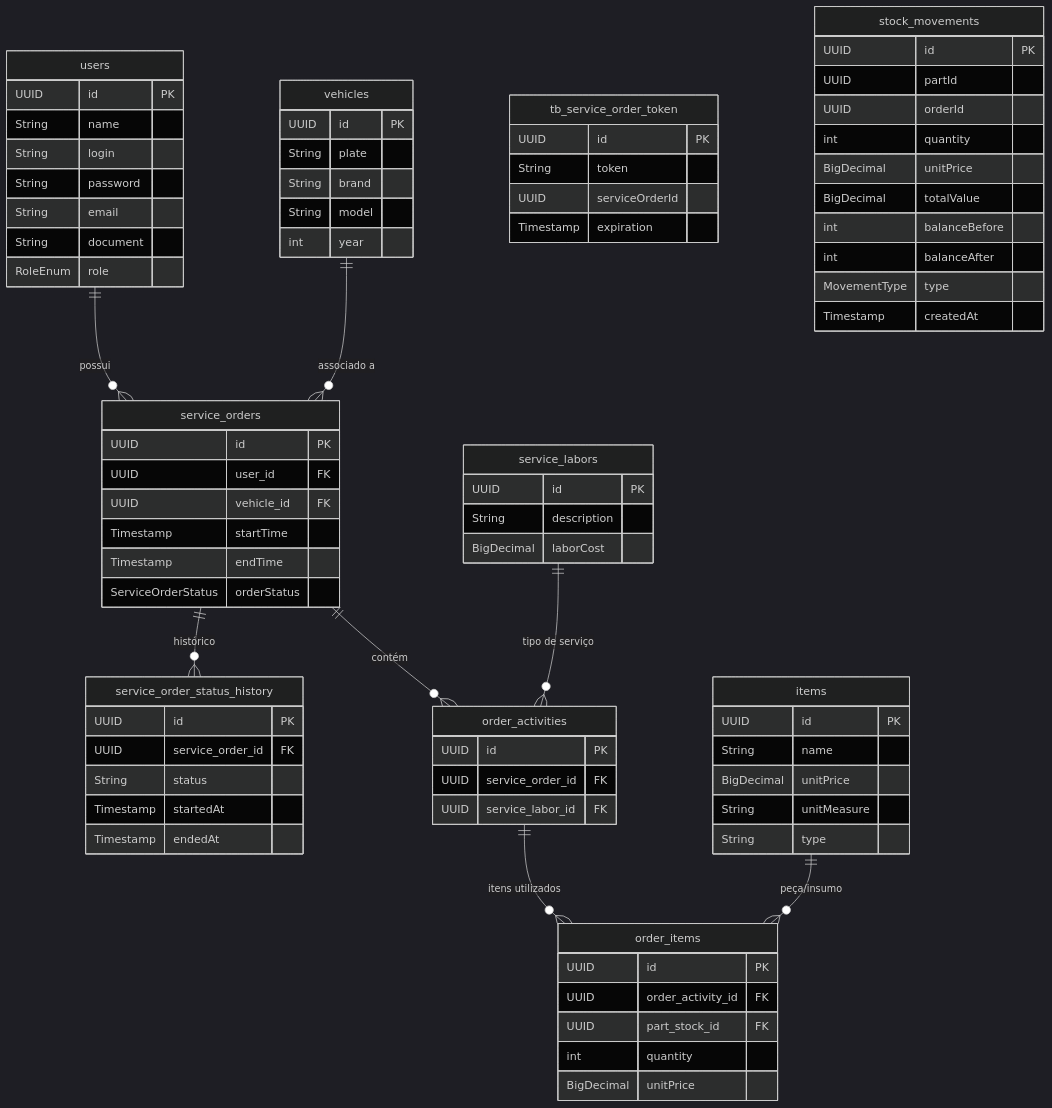
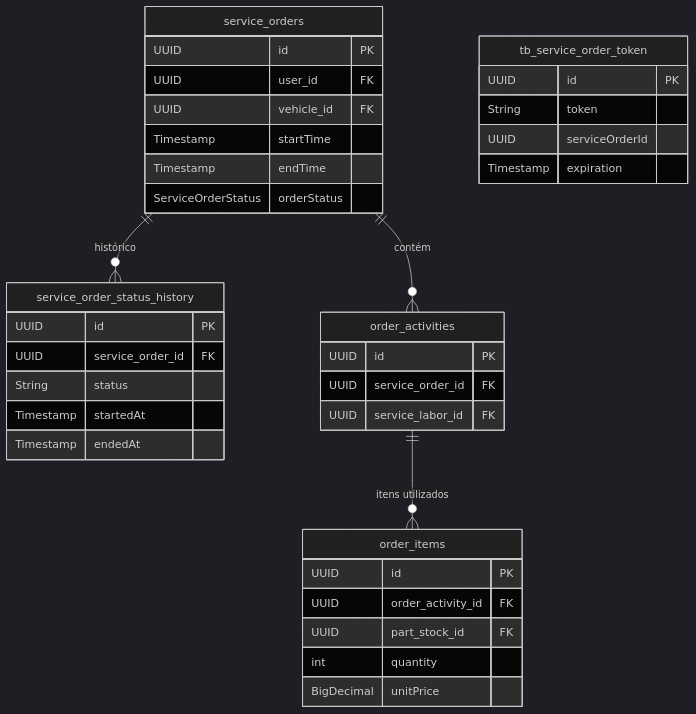
Before and after one commit to NullPointerXp/.github: the sixth of 7 diagrams in profile/README.md, drawn with Mermaid (dark theme). The commit also changed other lines of this file, not shown here.

````diff
--- a/profile/README.md
+++ b/profile/README.md
@@ -145,23 +284,5 @@
 ```mermaid
 erDiagram
-    users {
-        UUID id PK
-        String name
-        String login
-        String password
-        String email
-        String document
-        RoleEnum role
-    }
-
-    vehicles {
-        UUID id PK
-        String plate
-        String brand
-        String model
-        int year
-    }
-
     service_orders {
         UUID id PK
         UUID user_id FK
@@ -186,12 +307,6 @@
         Timestamp expiration
     }
 
-    service_labors {
-        UUID id PK
-        String description
-        BigDecimal laborCost
-    }
-
     order_activities {
         UUID id PK
         UUID service_order_id FK
@@ -206,32 +321,7 @@
         BigDecimal unitPrice
     }
 
-    items {
-        UUID id PK
-        String name
-        BigDecimal unitPrice
-        String unitMeasure
-        String type
-    }
-
-    stock_movements {
-        UUID id PK
-        UUID partId
-        UUID orderId
-        int quantity
-        BigDecimal unitPrice
-        BigDecimal totalValue
-        int balanceBefore
-        int balanceAfter
-        MovementType type
-        Timestamp createdAt
-    }
-
-    users ||--o{ service_orders : "possui"
-    vehicles ||--o{ service_orders : "associado a"
     service_orders ||--o{ order_activities : "contém"
     service_orders ||--o{ service_order_status_history : "histórico"
-    service_labors ||--o{ order_activities : "tipo de serviço"
     order_activities ||--o{ order_items : "itens utilizados"
-    items ||--o{ order_items : "peça/insumo"
 ```
````
